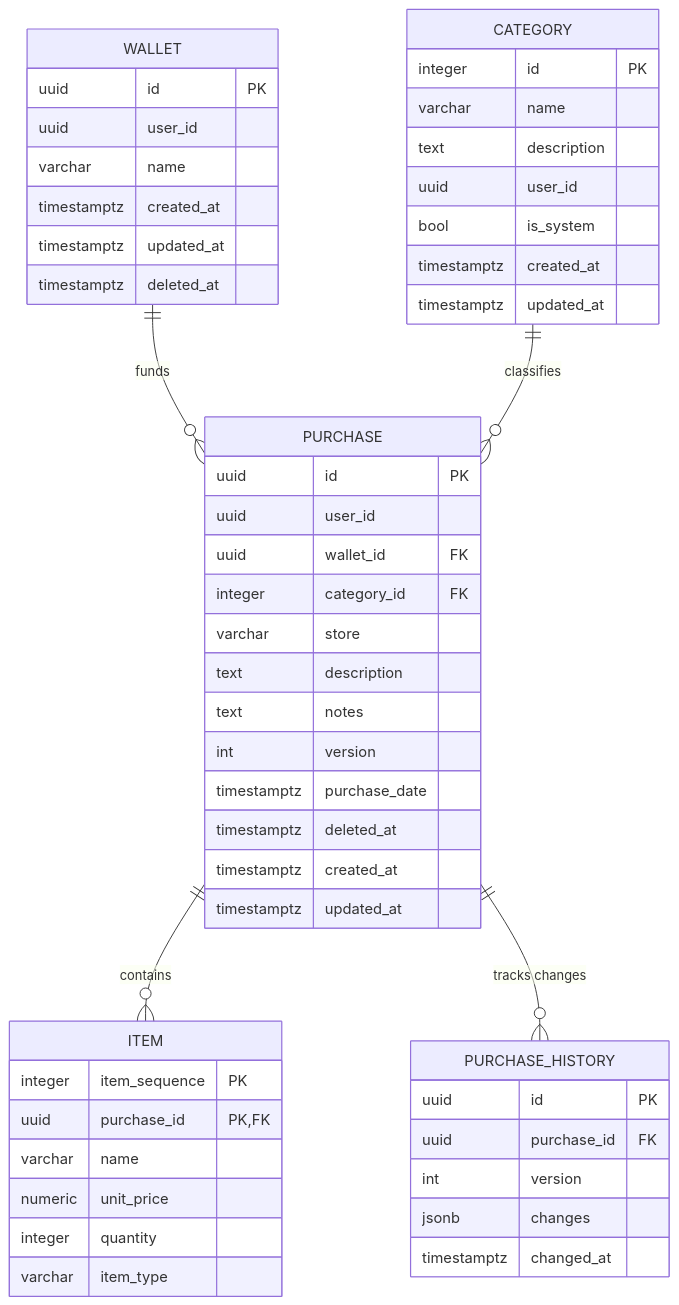
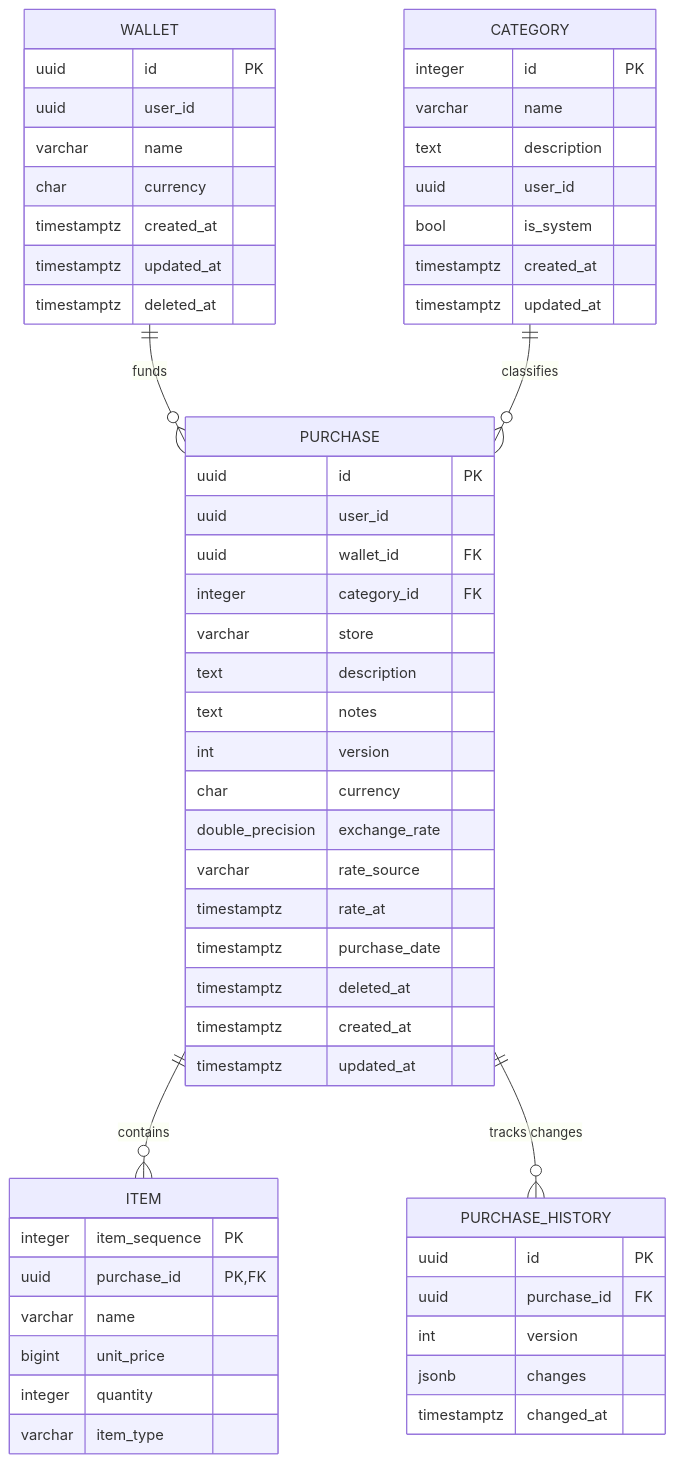
Before and after one commit to R2-t/fin-management: the first of 2 diagrams in ARCHITECTURE.md, drawn with Mermaid. The commit also changed other lines of this file and 14 other files, not shown here.

Commit message:
docs: audit ARCHITECTURE.md against code; add analytics plan and reports

````diff
--- a/ARCHITECTURE.md
+++ b/ARCHITECTURE.md
@@ -84,58 +94,63 @@
 ```mermaid
 erDiagram
     WALLET {
         uuid id PK
         uuid user_id
         varchar name
+        char currency
         timestamptz created_at
         timestamptz updated_at
         timestamptz deleted_at
     }
 
     CATEGORY {
         integer id PK
         varchar name
         text description
         uuid user_id
         bool is_system
         timestamptz created_at
         timestamptz updated_at
     }
 
     PURCHASE {
         uuid id PK
         uuid user_id
         uuid wallet_id FK
         integer category_id FK
         varchar store
         text description
         text notes
         int version
+        char currency
+        double_precision exchange_rate
+        varchar rate_source
+        timestamptz rate_at
         timestamptz purchase_date
         timestamptz deleted_at
         timestamptz created_at
         timestamptz updated_at
     }
 
     ITEM {
         integer item_sequence PK
         uuid purchase_id PK,FK
         varchar name
-        numeric unit_price
+        bigint unit_price
         integer quantity
         varchar item_type
     }
 
     PURCHASE_HISTORY {
         uuid id PK
         uuid purchase_id FK
         int version
         jsonb changes
         timestamptz changed_at
     }
 
     WALLET ||--o{ PURCHASE : "funds"
     CATEGORY ||--o{ PURCHASE : "classifies"
     PURCHASE ||--o{ ITEM : "contains"
     PURCHASE ||--o{ PURCHASE_HISTORY : "tracks changes"
 ```
````
